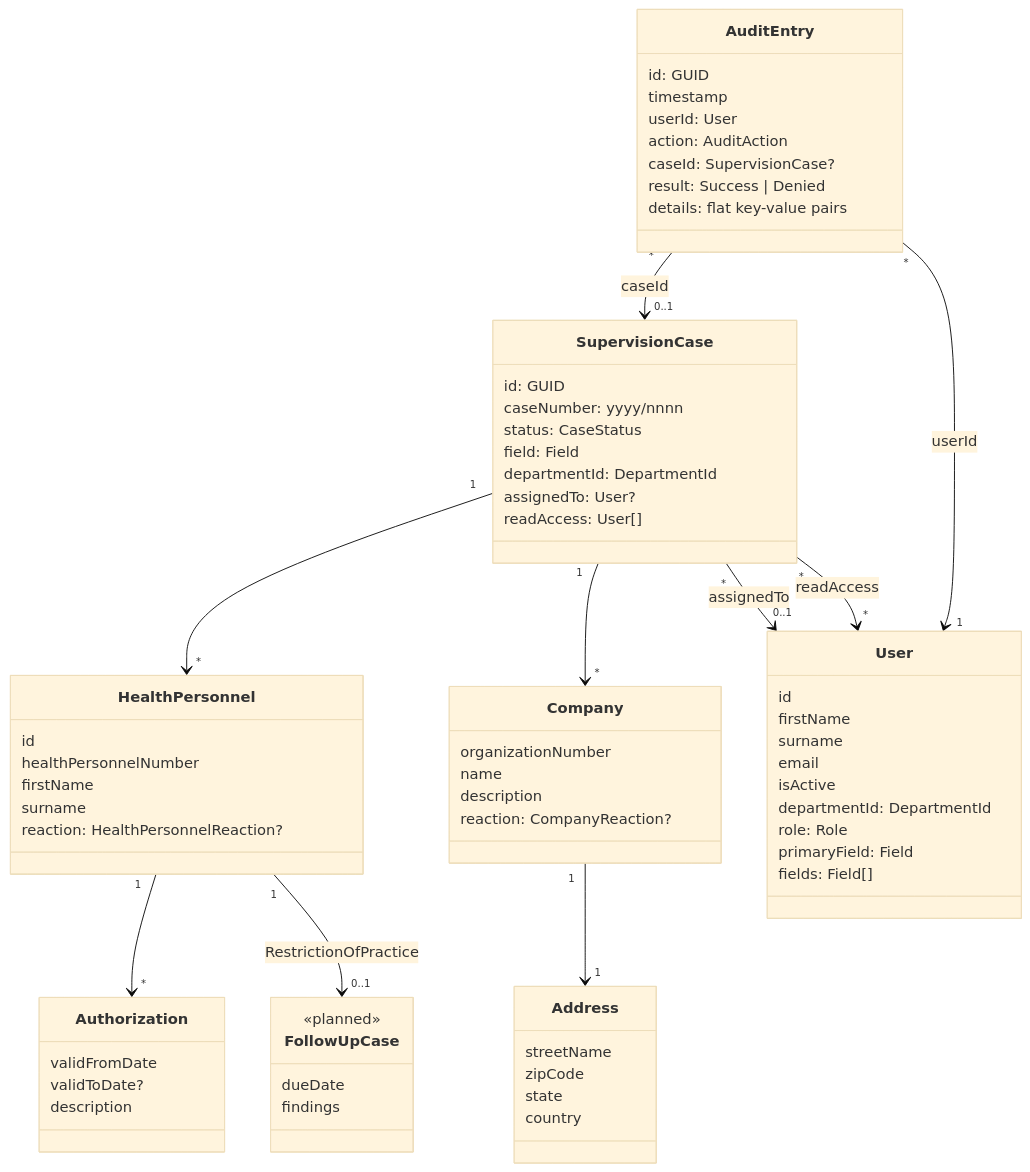
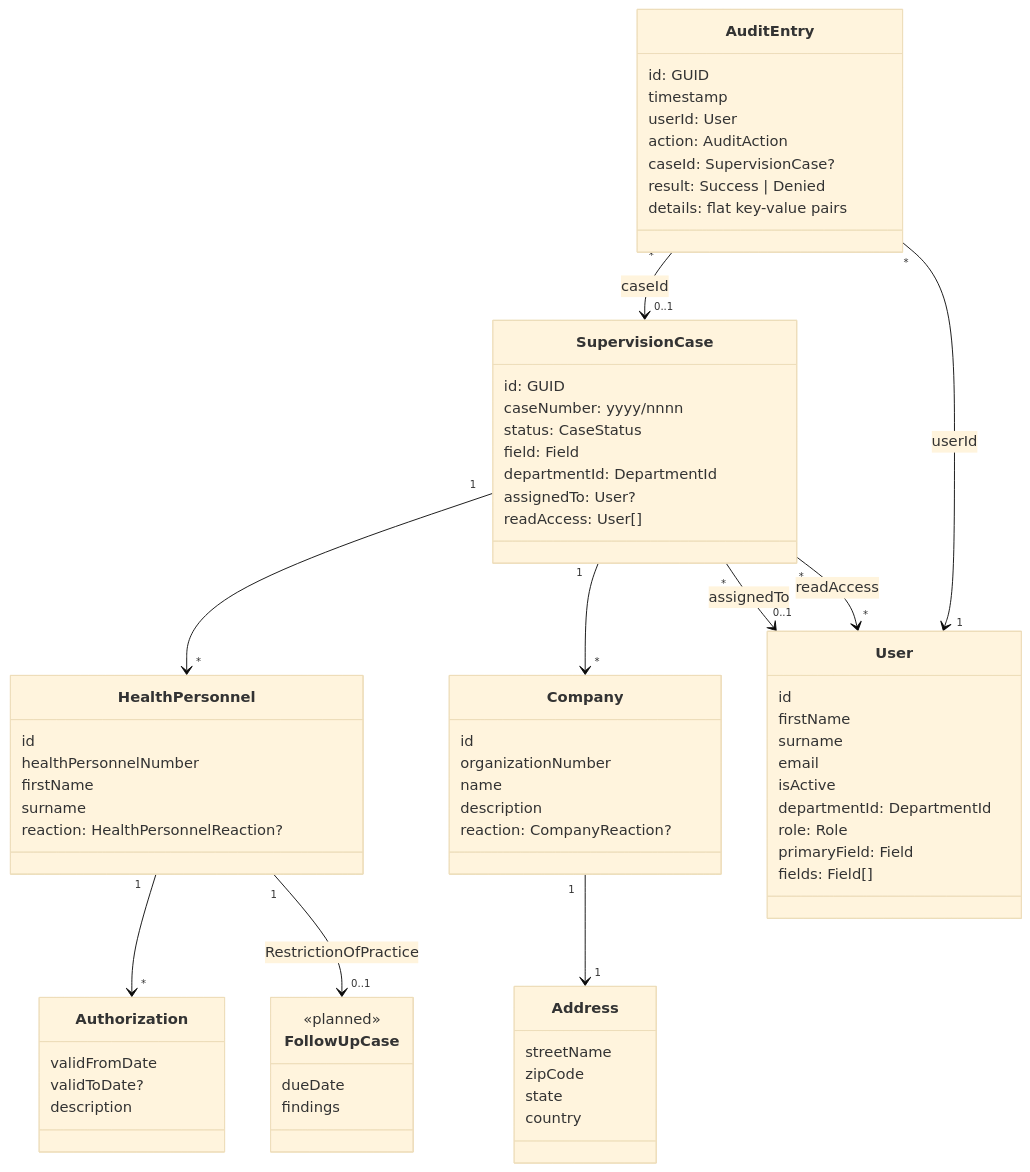
The diagram in docs/domain-model.md (TLS97/tines-case-management-system), drawn with Mermaid (base theme) before and after one commit. The commit also changed 28 other files, not shown here.

````diff
--- a/docs/domain-model.md
+++ b/docs/domain-model.md
@@ -7,70 +7,71 @@
 ```mermaid
 classDiagram
   class SupervisionCase {
     id: GUID
     caseNumber: yyyy/nnnn
     status: CaseStatus
     field: Field
     departmentId: DepartmentId
     assignedTo: User?
     readAccess: User[]
   }
   class HealthPersonnel {
     id
     healthPersonnelNumber
     firstName
     surname
     reaction: HealthPersonnelReaction?
   }
   class Authorization {
     validFromDate
     validToDate?
     description
   }
   class Company {
+    id
     organizationNumber
     name
     description
     reaction: CompanyReaction?
   }
   class Address {
     streetName
     zipCode
     state
     country
   }
   class User {
     id
     firstName
     surname
     email
     isActive
     departmentId: DepartmentId
     role: Role
     primaryField: Field
     fields: Field[]
   }
   class AuditEntry {
     id: GUID
     timestamp
     userId: User
     action: AuditAction
     caseId: SupervisionCase?
     result: Success | Denied
     details: flat key-value pairs
   }
   class FollowUpCase {
     <<planned>>
     dueDate
     findings
   }
   SupervisionCase "1" --> "*" HealthPersonnel
   SupervisionCase "1" --> "*" Company
   HealthPersonnel "1" --> "*" Authorization
   Company "1" --> "1" Address
   SupervisionCase "*" --> "0..1" User : assignedTo
   SupervisionCase "*" --> "*" User : readAccess
   HealthPersonnel "1" --> "0..1" FollowUpCase : RestrictionOfPractice
   AuditEntry "*" --> "1" User : userId
   AuditEntry "*" --> "0..1" SupervisionCase : caseId
 ```
````
